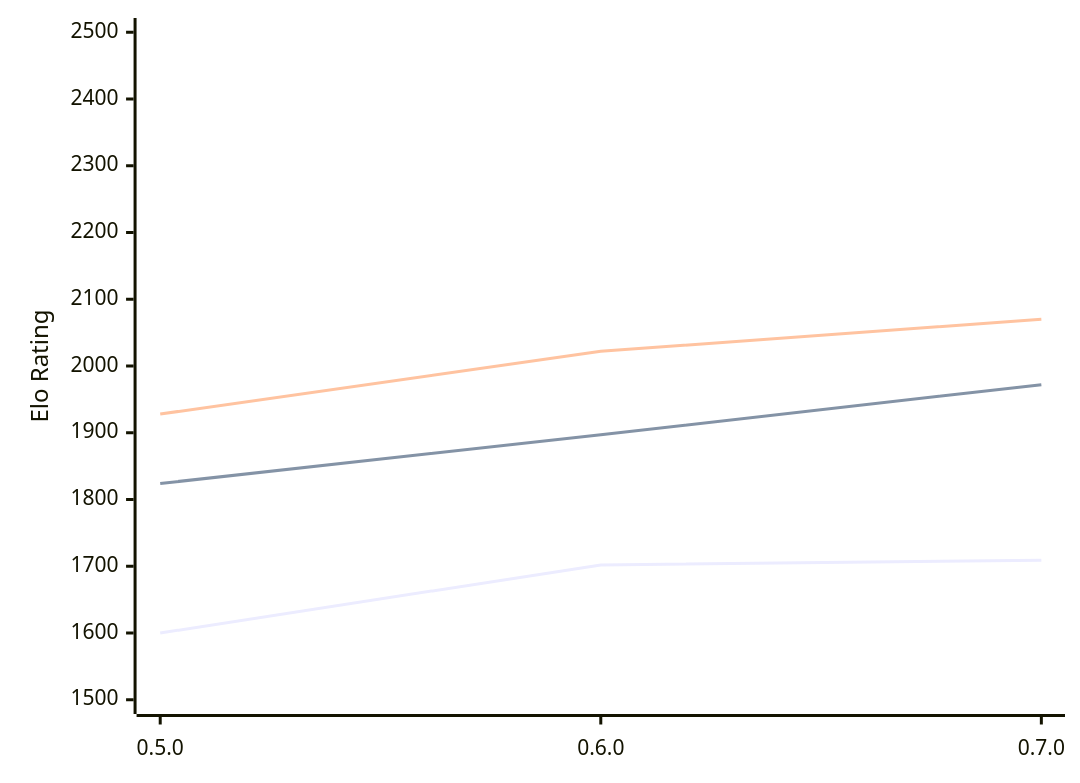
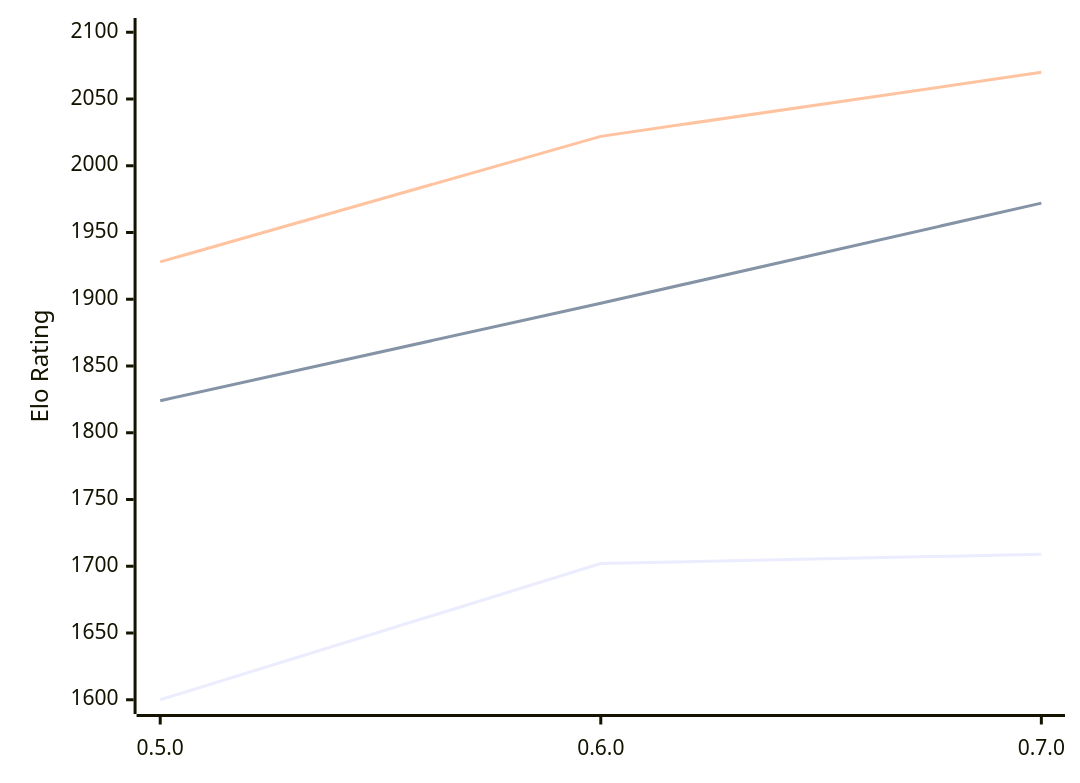
One commit to computer-chess-index/cci changed the diagram in engines/Chess-rs.md. Above: the diagram before and after it, drawn with Mermaid. The commit also changed other lines of this file, not shown here.

Commit message:
Update CCI Ratings (ELO VLTC) - 2026-02-10

````diff
--- a/engines/Chess-rs.md
+++ b/engines/Chess-rs.md
@@ -38,9 +38,9 @@
 ```mermaid
 %%{init: {"theme":"base","themeVariables":{"seriesColors:['#a3a3a3','#222221','#faa371']}}}%%
 xychart-beta
   x-axis ["0.5.0", "0.6.0", "0.7.0"]
-  y-axis "Elo Rating" 1500 --> 2500
+  y-axis "Elo Rating" 1600 --> 2100
   line "STC (8.0+0.08s)" [1600, 1702, 1709]
   line "LTC (60.0+0.60s)" [1824, 1897, 1972]
   line "VLTC (2m24s+1.12s)" [1928, 2022, 2070]
 ```
````
